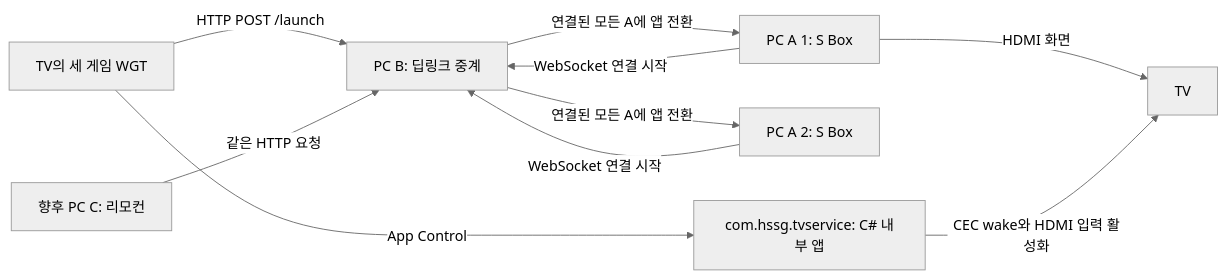
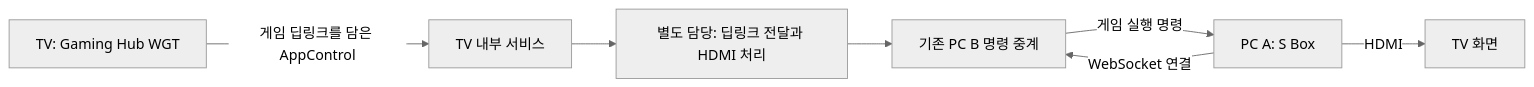
Before and after one commit to Readiz/s2s-launch-test: the diagram in README.md, drawn with Mermaid (neutral theme). The commit also changed other lines of this file and 41 other files, not shown here.

Commit message:
Replace game widgets with Gaming Hub and paired S Box previews

````diff
--- a/README.md
+++ b/README.md
@@ -9,12 +22,9 @@
 ```mermaid
 flowchart LR
-    TV[TV의 세 게임 WGT] -->|HTTP POST /launch| B[PC B: 딥링크 중계]
-    C[향후 PC C: 리모컨] -->|같은 HTTP 요청| B
-    A1[PC A 1: S Box] -->|WebSocket 연결 시작| B
-    A2[PC A 2: S Box] -->|WebSocket 연결 시작| B
-    B -->|연결된 모든 A에 앱 전환| A1
-    B -->|연결된 모든 A에 앱 전환| A2
-    A1 -->|HDMI 화면| DISPLAY[TV]
-    TV -->|App Control| SERVICE[com.hssg.tvservice: C# 내부 앱]
-    SERVICE -->|CEC wake와 HDMI 입력 활성화| DISPLAY
+    H[TV: Gaming Hub WGT] -->|게임 딥링크를 담은 AppControl| S[TV 내부 서비스]
+    S --> D[별도 담당: 딥링크 전달과 HDMI 처리]
+    D --> B[기존 PC B 명령 중계]
+    A[PC A: S Box] -->|WebSocket 연결| B
+    B -->|게임 실행 명령| A
+    A -->|HDMI| TV[TV 화면]
 ```
````
